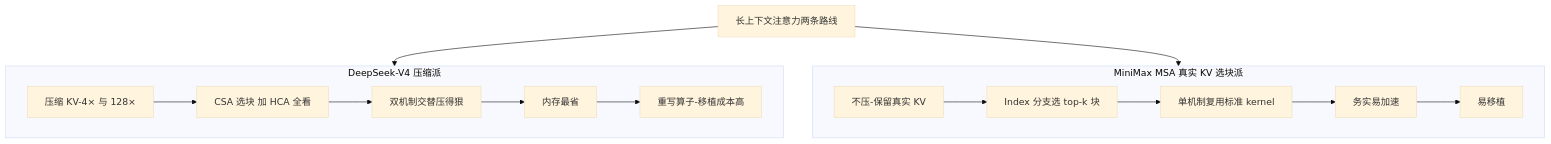
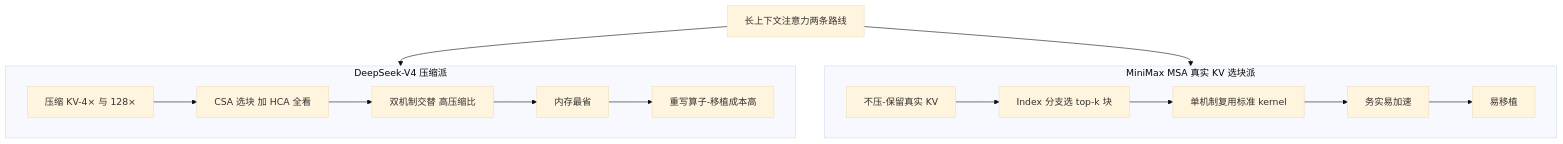
The fourth of 5 diagrams in docs/blog/dispatch-05-deepseek-v4.md (lloo099/mission44), drawn with Mermaid (base theme) before and after one commit. The commit also changed other lines of this file and 24 other files, not shown here.

Commit message:
全站文风统一:29 篇按'专业简洁、去口语化'标准批量修订 — 确定性替换 100 处(崩法→失稳模式/洼地→空白领域/占坑→公开工作/黑箱→未公开/datatype 动物园→谱系/押注→投入/护城河→竞争壁垒 等)+ 8 个编辑 agent 分批逐句精修(D24 单篇 38 处;两轮均遇用量上限中断后续跑完成)+ blog.json 摘要 6 处 + 综述残留 2 处. 术语全站一致化; 29 文件 mermaid 全验证 0 errors; 快照页同步重建

````diff
--- a/docs/blog/dispatch-05-deepseek-v4.md
+++ b/docs/blog/dispatch-05-deepseek-v4.md
@@ -96,22 +96,22 @@
 ```mermaid
 flowchart TB
     Root["长上下文注意力两条路线"]
     subgraph V4 ["DeepSeek-V4 压缩派"]
         A1["压缩 KV-4× 与 128×"]
         A2["CSA 选块 加 HCA 全看"]
-        A3["双机制交替压得狠"]
+        A3["双机制交替 高压缩比"]
         A4["内存最省"]
         A5["重写算子-移植成本高"]
         A1 --> A2 --> A3 --> A4 --> A5
     end
     subgraph MSA ["MiniMax MSA 真实 KV 选块派"]
         B1["不压-保留真实 KV"]
         B2["Index 分支选 top-k 块"]
         B3["单机制复用标准 kernel"]
         B4["务实易加速"]
         B5["易移植"]
         B1 --> B2 --> B3 --> B4 --> B5
     end
     Root --> V4
     Root --> MSA
 ```
````
